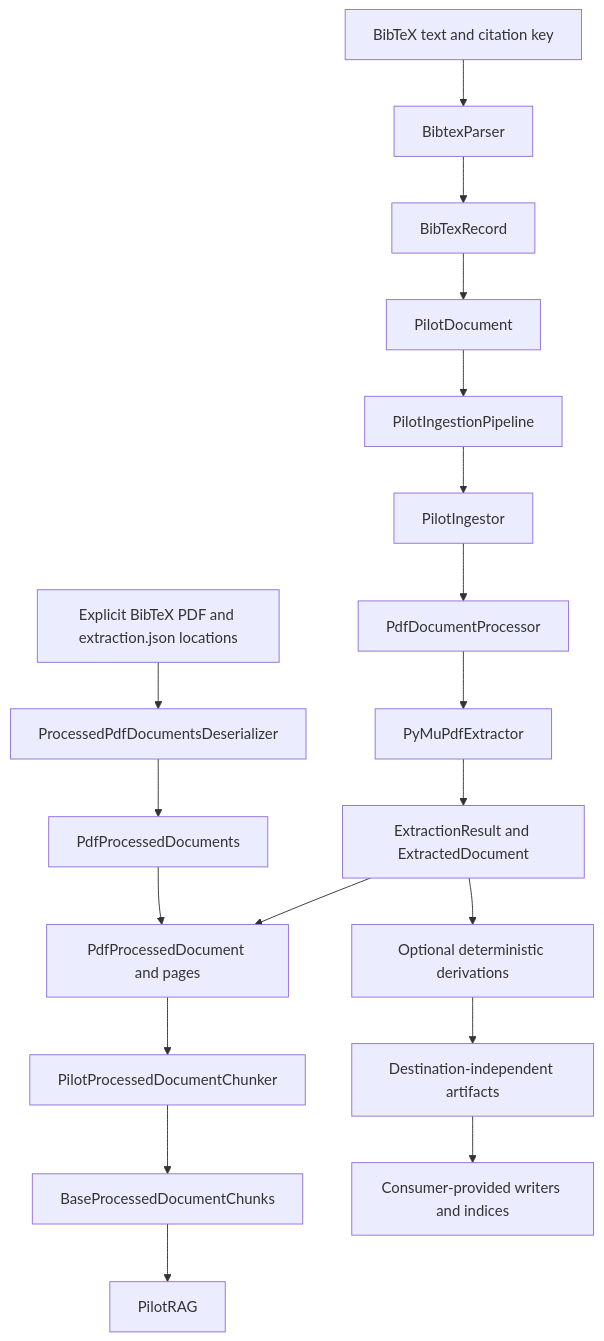
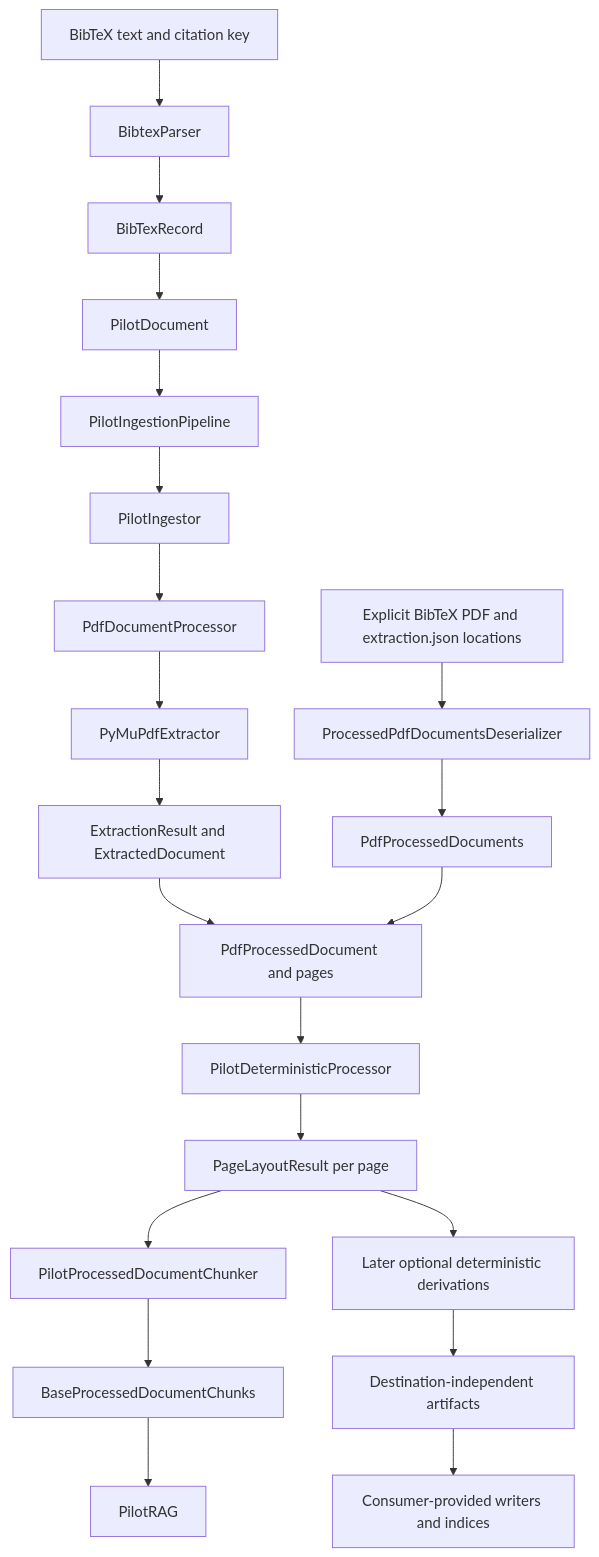
One commit to eragasa/projectkoios-ingestion changed the diagram in docs/architecture/ingestion/v0/index.md. Above: the diagram before and after it, drawn with Mermaid. The commit also changed other lines of this file and 73 other files, not shown here.

````diff
--- a/docs/architecture/ingestion/v0/index.md
+++ b/docs/architecture/ingestion/v0/index.md
@@ -20,26 +20,28 @@
 ```mermaid
 flowchart TD
     BibTeX[BibTeX text and citation key] --> BibtexParser
     BibtexParser --> BibTexRecord
     BibTexRecord --> PilotDocument
 
     PilotDocument --> PilotPipeline[PilotIngestionPipeline]
     PilotPipeline --> PilotIngestor
     PilotIngestor --> PdfProcessor[PdfDocumentProcessor]
     PdfProcessor --> PdfExtractor[PyMuPdfExtractor]
     PdfExtractor --> Extraction[ExtractionResult and ExtractedDocument]
     Extraction --> PdfProcessed[PdfProcessedDocument and pages]
 
     Locations[Explicit BibTeX PDF and extraction.json locations]
     Locations --> CorpusLoader[ProcessedPdfDocumentsDeserializer]
     CorpusLoader --> Corpus[PdfProcessedDocuments]
     Corpus --> PdfProcessed
 
-    PdfProcessed --> Chunker[PilotProcessedDocumentChunker]
+    PdfProcessed --> PilotDeterministic[PilotDeterministicProcessor]
+    PilotDeterministic --> Layouts[PageLayoutResult per page]
+    Layouts --> Chunker[PilotProcessedDocumentChunker]
     Chunker --> Chunks[BaseProcessedDocumentChunks]
     Chunks --> PilotRAG
 
-    Extraction --> Deterministic[Optional deterministic derivations]
+    Layouts --> Deterministic[Later optional deterministic derivations]
     Deterministic --> Artifacts[Destination-independent artifacts]
     Artifacts --> Consumers[Consumer-provided writers and indices]
 ```
````
